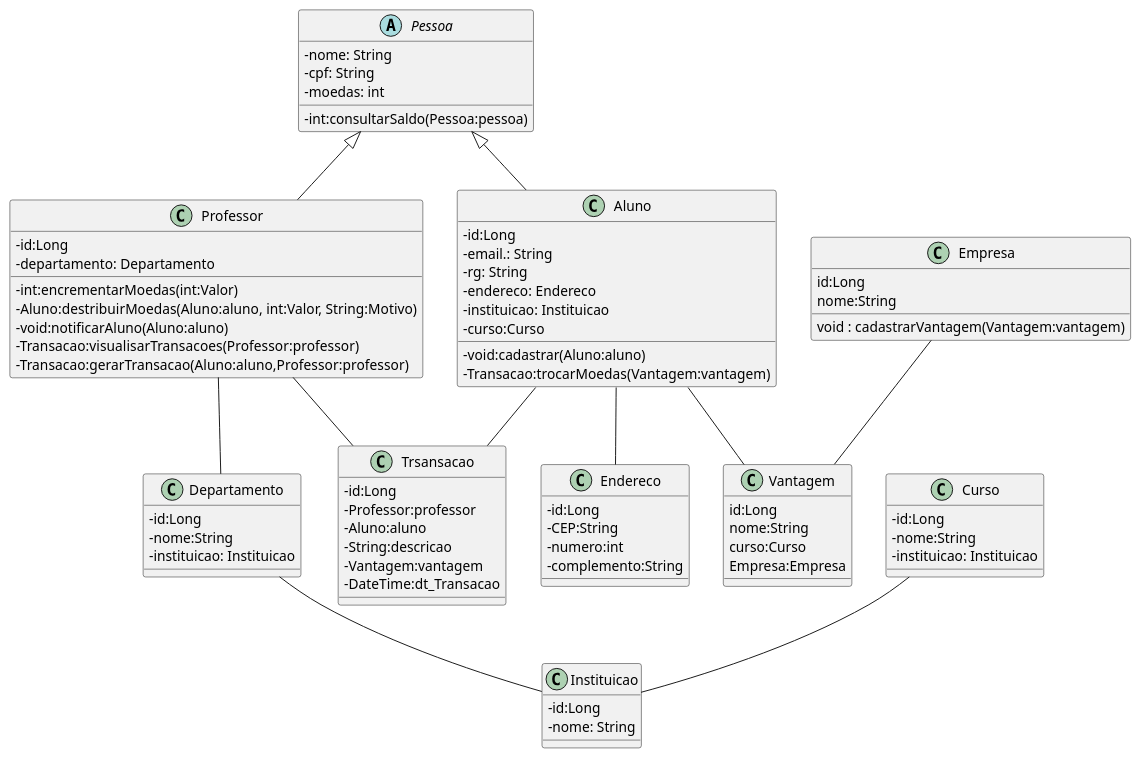
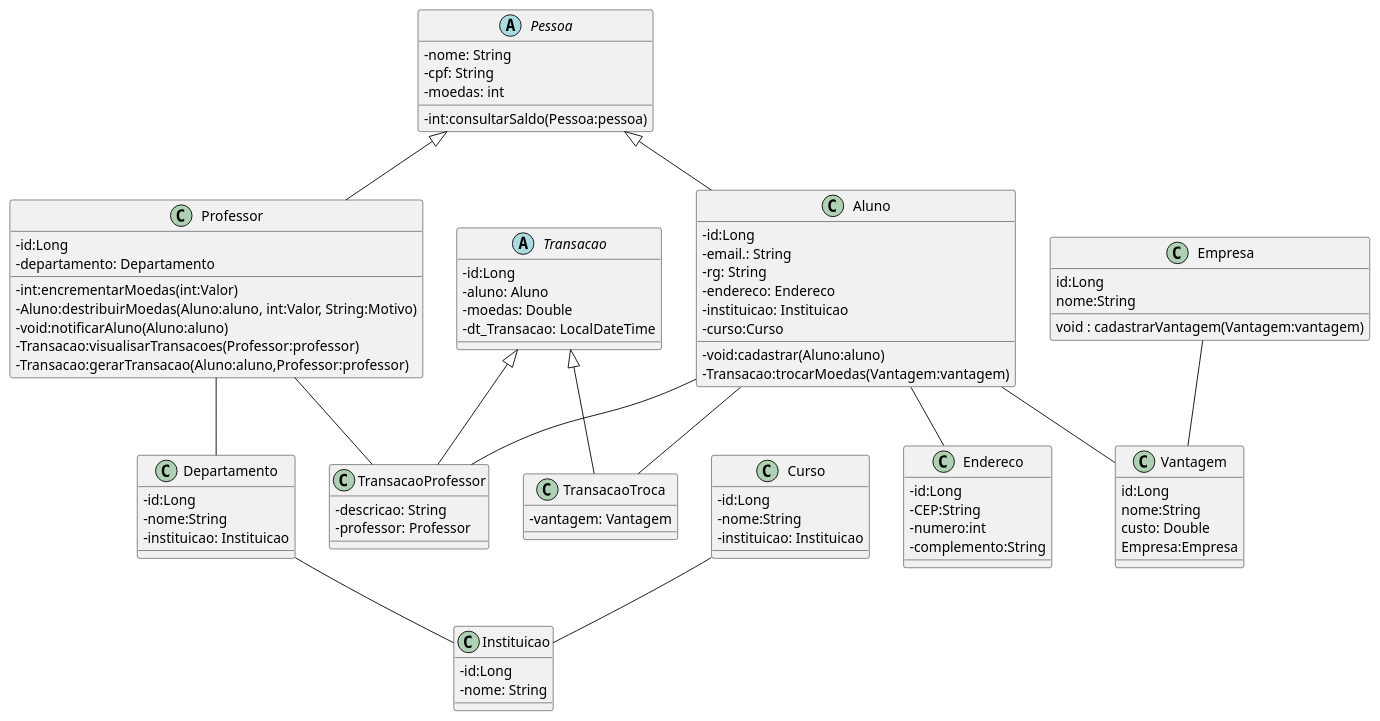
Before and after one commit to pedromaximocampos/LAB_03: the diagram in projeto/diagramaDeClasses.puml, drawn with PlantUML.

Commit message:
Diagrama de classe atualizado

```diff
--- a/projeto/diagramaDeClasses.puml
+++ b/projeto/diagramaDeClasses.puml
@@ -1,89 +1,98 @@
 @startuml
 skinparam classAttributeIconSize 0
 
 abstract class Pessoa{
 -nome: String
 -cpf: String
 -moedas: int
 -int:consultarSaldo(Pessoa:pessoa)
 }
 
 class Aluno extends Pessoa{
 -id:Long
 -email.: String
 -rg: String
 -endereco: Endereco
 -instituicao: Instituicao
 -curso:Curso
 -void:cadastrar(Aluno:aluno)
 -Transacao:trocarMoedas(Vantagem:vantagem)
 }
 
 class Professor extends Pessoa{
 -id:Long
 -departamento: Departamento
 -int:encrementarMoedas(int:Valor)
 -Aluno:destribuirMoedas(Aluno:aluno, int:Valor, String:Motivo)
 -void:notificarAluno(Aluno:aluno)
 -Transacao:visualisarTransacoes(Professor:professor)
 -Transacao:gerarTransacao(Aluno:aluno,Professor:professor)
 }
 
 class Endereco{
 -id:Long
 -CEP:String
 -numero:int
 -complemento:String
 }
 
 class Instituicao{
 -id:Long
 -nome: String
 }
 
 class Departamento{
 -id:Long
 -nome:String
 -instituicao: Instituicao
 }
 
 class Curso{
 -id:Long
 -nome:String
 -instituicao: Instituicao
 }
 
-class Trsansacao{
+class TransacaoProfessor extends Transacao{
+-descricao: String
+-professor: Professor
+}
+
+class TransacaoTroca extends Transacao{
+-vantagem: Vantagem
+}
+
+abstract class Transacao{
 -id:Long
--Professor:professor
--Aluno:aluno
--String:descricao
--Vantagem:vantagem
--DateTime:dt_Transacao
+-aluno: Aluno
+-moedas: Double
+-dt_Transacao: LocalDateTime
 }
 
 class Vantagem{
 id:Long
 nome:String
-curso:Curso
+custo: Double
 Empresa:Empresa
 }
 
 class Empresa{
 id:Long
 nome:String
 void : cadastrarVantagem(Vantagem:vantagem)
 }
 
 
-Aluno -- Trsansacao
+Aluno -- TransacaoProfessor
 Aluno -- Endereco
 Aluno -- Vantagem
+Aluno -- TransacaoTroca
 Empresa -- Vantagem
 Professor -- Departamento
-Professor -- Trsansacao
+Professor -- TransacaoProfessor
 Departamento -- Instituicao
 Curso -- Instituicao
 
 
+
 @enduml
```
